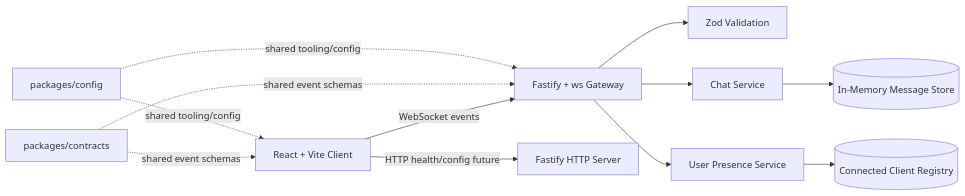
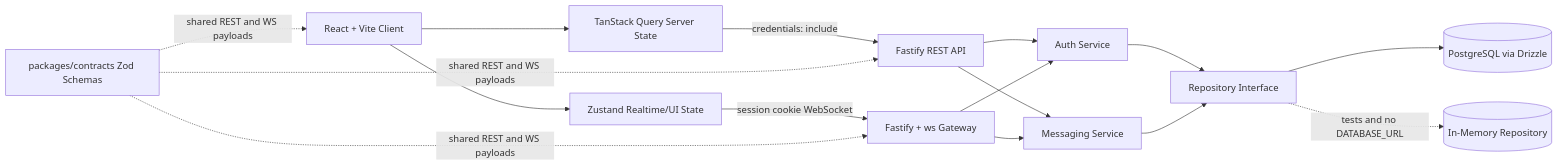
The first of 2 diagrams in README.md (frank-mendez/pulse-chat-), drawn with Mermaid before and after one commit. The commit also changed other lines of this file and 116 other files, not shown here.

````diff
--- a/README.md
+++ b/README.md
@@ -20,15 +21,30 @@
 ```mermaid
 flowchart LR
-  Browser[React + Vite Client] -->|WebSocket events| Gateway[Fastify + ws Gateway]
-  Browser -->|HTTP health/config future| Http[Fastify HTTP Server]
-  Gateway --> Validation[Zod Validation]
-  Gateway --> Chat[Chat Service]
-  Gateway --> Users[User Presence Service]
-  Chat --> Memory[(In-Memory Message Store)]
-  Users --> Clients[(Connected Client Registry)]
+  Browser[React + Vite Client]
+  Query[TanStack Query Server State]
+  Store[Zustand Realtime/UI State]
+  Api[Fastify REST API]
+  Gateway[Fastify + ws Gateway]
+  Auth[Auth Service]
+  Messaging[Messaging Service]
+  Repo[Repository Interface]
+  Postgres[(PostgreSQL via Drizzle)]
+  Memory[(In-Memory Repository)]
+  Contracts[packages/contracts Zod Schemas]
 
-  Contracts[packages/contracts] -. shared event schemas .-> Browser
-  Contracts -. shared event schemas .-> Gateway
-  Config[packages/config] -. shared tooling/config .-> Browser
-  Config -. shared tooling/config .-> Gateway
+  Browser --> Query
+  Browser --> Store
+  Query -->|credentials: include| Api
+  Store -->|session cookie WebSocket| Gateway
+  Api --> Auth
+  Api --> Messaging
+  Gateway --> Auth
+  Gateway --> Messaging
+  Auth --> Repo
+  Messaging --> Repo
+  Repo --> Postgres
+  Repo -. tests and no DATABASE_URL .-> Memory
+  Contracts -. shared REST and WS payloads .-> Browser
+  Contracts -. shared REST and WS payloads .-> Api
+  Contracts -. shared REST and WS payloads .-> Gateway
 ```
````
